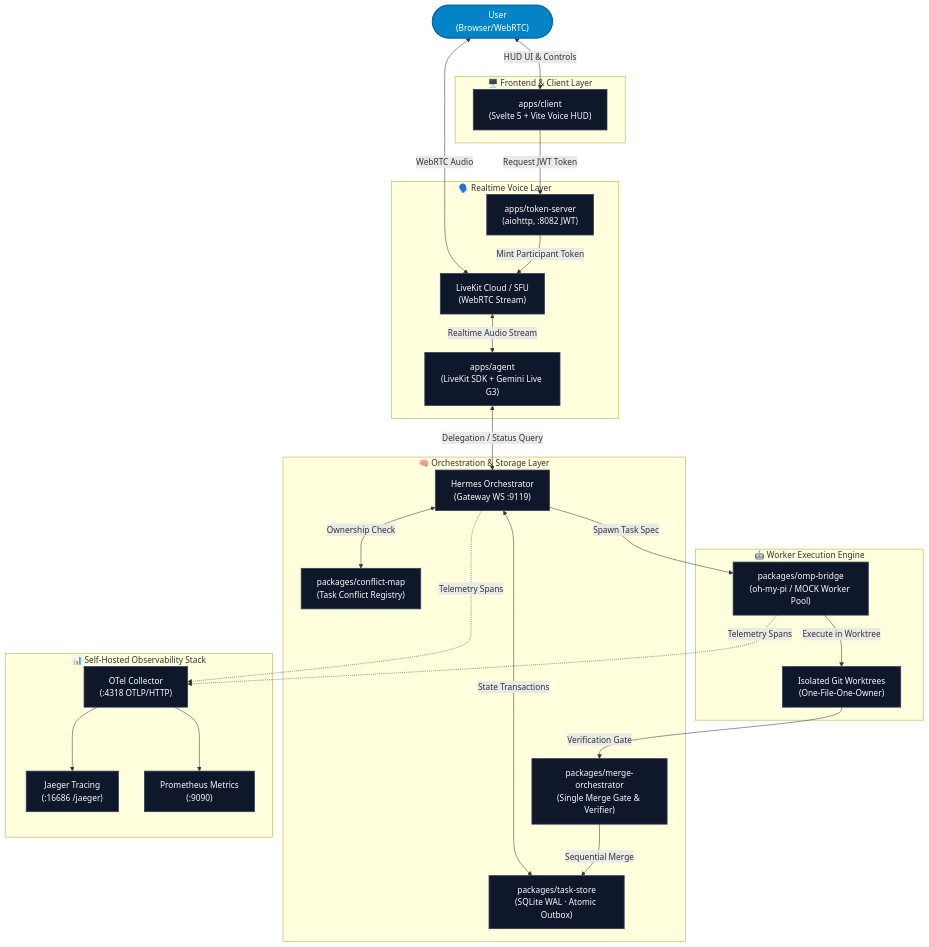
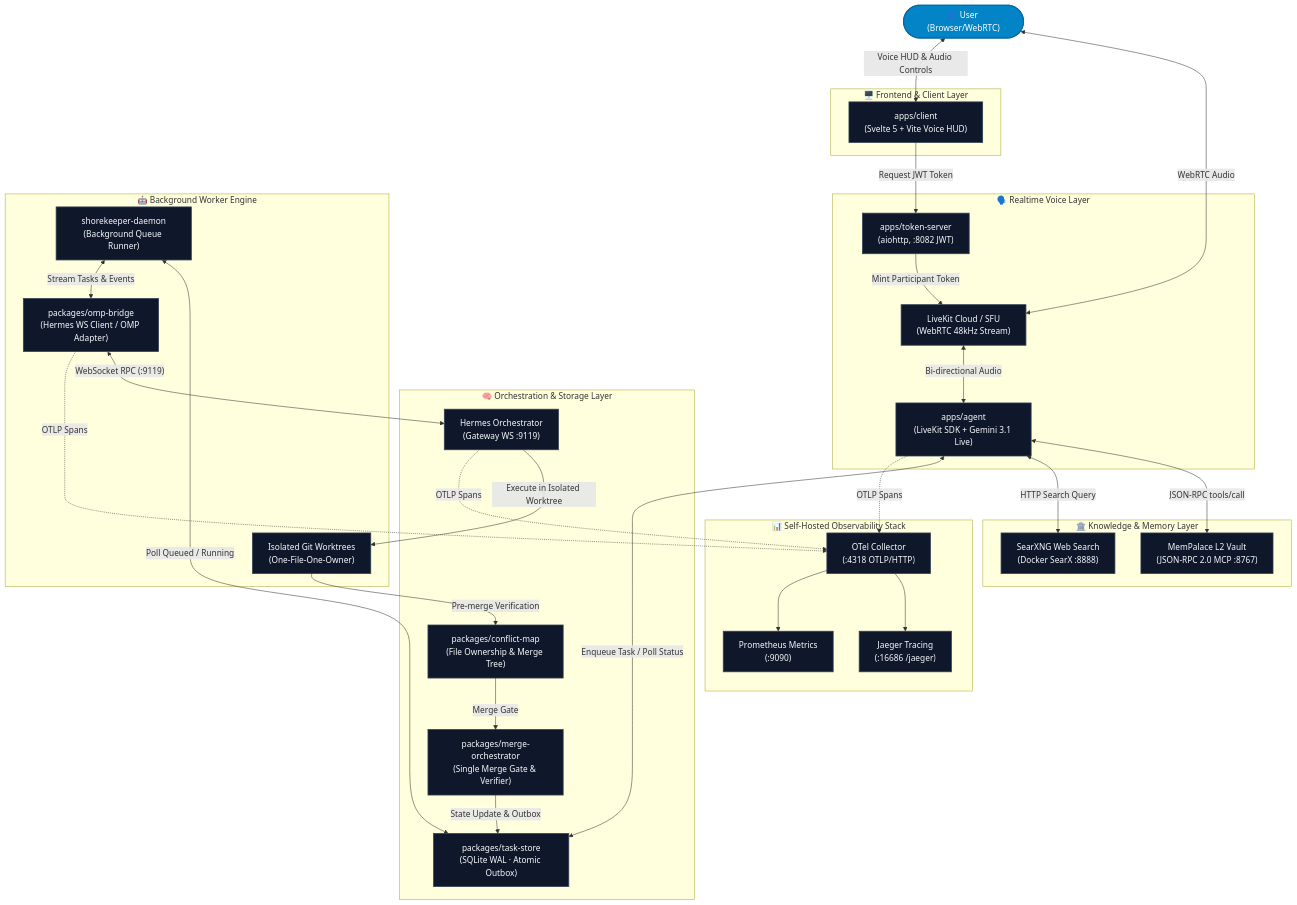
Before and after one commit to Schnee111/shorekeeper: the diagram in README.md, drawn with Mermaid. The commit also changed other lines of this file, not shown here.

First line of the commit message:
docs: modernize README with live architecture, badges, and MemPalace/Hermes specs (#23)

````diff
--- a/README.md
+++ b/README.md
@@ -17,57 +26,72 @@
 ```mermaid
 flowchart TB
     U(["👤 User (Browser/WebRTC)"]):::user
     
     subgraph Frontend["🖥️ Frontend & Client Layer"]
         CL["apps/client<br/>(Svelte 5 + Vite Voice HUD)"]
     end
 
     subgraph VoiceEngine["🗣️ Realtime Voice Layer"]
-        LK["LiveKit Cloud / SFU<br/>(WebRTC Stream)"]
-        FA["apps/agent<br/>(LiveKit SDK + Gemini Live G3)"]
+        LK["LiveKit Cloud / SFU<br/>(WebRTC 48kHz Stream)"]
+        FA["apps/agent<br/>(LiveKit SDK + Gemini 3.1 Live)"]
         TS["apps/token-server<br/>(aiohttp, :8082 JWT)"]
+    end
+
+    subgraph MemoryEngine["🏛️ Knowledge & Memory Layer"]
+        MP["MemPalace L2 Vault<br/>(JSON-RPC 2.0 MCP :8767)"]
+        SX["SearXNG Web Search<br/>(Docker SearX :8888)"]
     end
 
     subgraph OrchestrationEngine["🧠 Orchestration & Storage Layer"]
         ORC["Hermes Orchestrator<br/>(Gateway WS :9119)"]
         TSK["packages/task-store<br/>(SQLite WAL · Atomic Outbox)"]
-        CFM["packages/conflict-map<br/>(Task Conflict Registry)"]
+        CFM["packages/conflict-map<br/>(File Ownership & Merge Tree)"]
         MGO["packages/merge-orchestrator<br/>(Single Merge Gate & Verifier)"]
     end
 
-    subgraph WorkerEngine["🤖 Worker Execution Engine"]
-        OMP["packages/omp-bridge<br/>(oh-my-pi / MOCK Worker Pool)"]
+    subgraph WorkerEngine["🤖 Background Worker Engine"]
+        DMN["shorekeeper-daemon<br/>(Background Queue Runner)"]
+        OMP["packages/omp-bridge<br/>(Hermes WS Client / OMP Adapter)"]
         WT["Isolated Git Worktrees<br/>(One-File-One-Owner)"]
     end
 
     subgraph Observability["📊 Self-Hosted Observability Stack"]
         OTEL["OTel Collector<br/>(:4318 OTLP/HTTP)"]
         JAEGER["Jaeger Tracing<br/>(:16686 /jaeger)"]
         PROM["Prometheus Metrics<br/>(:9090)"]
     end
 
-    %% Connections
+    %% Audio & Control Links
     U <-->|"WebRTC Audio"| LK
-    U <-->|"HUD UI & Controls"| CL
+    U <-->|"Voice HUD & Audio Controls"| CL
     CL -->|"Request JWT Token"| TS
     TS -->|"Mint Participant Token"| LK
-    LK <-->|"Realtime Audio Stream"| FA
-    FA <-->|"Delegation / Status Query"| ORC
+    LK <-->|"Bi-directional Audio"| FA
+
+    %% Agent Integrations
+    FA <-->|"JSON-RPC tools/call"| MP
+    FA <-->|"HTTP Search Query"| SX
+    FA <-->|"Enqueue Task / Poll Status"| TSK
+
+    %% Daemon & Orchestration Execution
+    DMN <-->|"Poll Queued / Running"| TSK
+    DMN <-->|"Stream Tasks & Events"| OMP
+    OMP <-->|"WebSocket RPC (:9119)"| ORC
+    ORC -->|"Execute in Isolated Worktree"| WT
     
-    ORC <-->|"State Transactions"| TSK
-    ORC <-->|"Ownership Check"| CFM
-    ORC -->|"Spawn Task Spec"| OMP
-    OMP -->|"Execute in Worktree"| WT
-    
-    WT -->|"Verification Gate"| MGO
-    MGO -->|"Sequential Merge"| TSK
-    
-    OMP -.->|"Telemetry Spans"| OTEL
-    ORC -.->|"Telemetry Spans"| OTEL
+    %% Conflict & Merge Gate
+    WT -->|"Pre-merge Verification"| CFM
+    CFM -->|"Merge Gate"| MGO
+    MGO -->|"State Update & Outbox"| TSK
+
+    %% Telemetry Flow
+    OMP -.->|"OTLP Spans"| OTEL
+    ORC -.->|"OTLP Spans"| OTEL
+    FA -.->|"OTLP Spans"| OTEL
     OTEL --> JAEGER
     OTEL --> PROM
 
     %% Styling
     classDef user fill:#0284c7,stroke:#0369a1,color:#ffffff,stroke-width:2px;
     classDef default fill:#0f172a,stroke:#334155,color:#f8fafc,stroke-width:1.5px;
 ```
````
